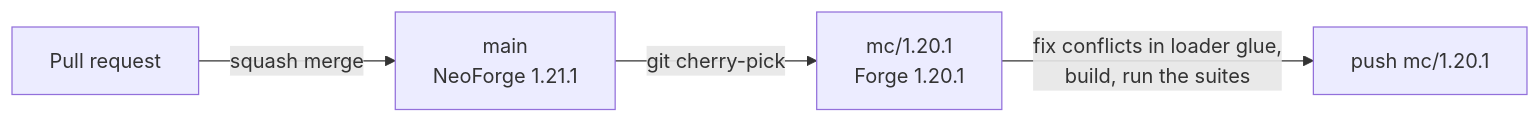
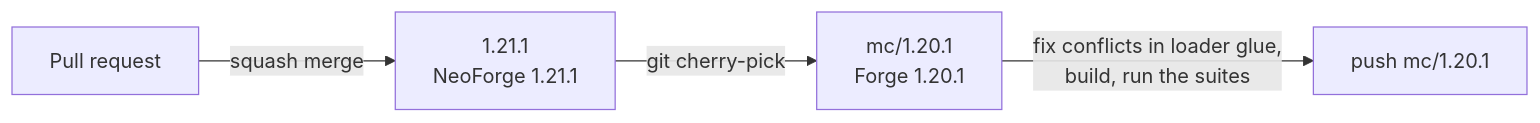
Before and after one commit to SenDeliver/create-octo-arms: the diagram in CONTRIBUTING.md, drawn with Mermaid. The commit also changed other lines of this file and 1 other file, not shown here.

Commit message:
Branch model in CONTRIBUTING and RELEASE: PRs and vX.Y.Z tags on 1.21.1, cherry-pick to mc/1.20.1

````diff
--- a/CONTRIBUTING.md
+++ b/CONTRIBUTING.md
@@ -26,6 +30,6 @@
 ```mermaid
 flowchart LR
-  pr["Pull request"] -->|squash merge| main["main<br/>NeoForge 1.21.1"]
-  main -->|git cherry-pick| port["mc/1.20.1<br/>Forge 1.20.1"]
-  port -->|"fix conflicts in loader glue,<br/>build, run the suites"| done["push mc/1.20.1"]
+  pr["Pull request"] -->|squash merge| b121["1.21.1<br/>NeoForge 1.21.1"]
+  b121 -->|git cherry-pick| b120["mc/1.20.1<br/>Forge 1.20.1"]
+  b120 -->|"fix conflicts in loader glue,<br/>build, run the suites"| done["push mc/1.20.1"]
 ```
````
